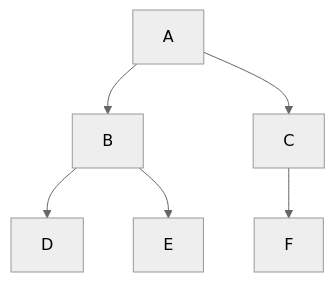
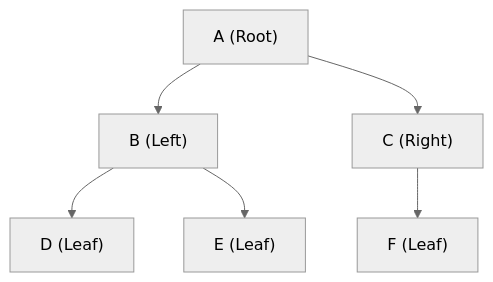
Before and after one commit to dip4k/DSA_102: the first of 2 diagrams in week_07_trees_and_balanced_search_trees/Week_07_Day_01_Binary_Trees_And_Traversals_Instructional.md, drawn with Mermaid (neutral theme). The commit also changed other lines of this file and 191 other files, not shown here.

````diff
--- a/week_07_trees_and_balanced_search_trees/Week_07_Day_01_Binary_Trees_And_Traversals_Instructional.md
+++ b/week_07_trees_and_balanced_search_trees/Week_07_Day_01_Binary_Trees_And_Traversals_Instructional.md
@@ -75,8 +99,8 @@
 ```mermaid
 flowchart TD
-    A["A"] --> B["B"]
-    A --> C["C"]
-    B --> D["D"]
-    B --> E["E"]
-    C --> F["F"]
+    A["A (Root)"] --> B["B (Left)"]
+    A --> C["C (Right)"]
+    B --> D["D (Leaf)"]
+    B --> E["E (Leaf)"]
+    C --> F["F (Leaf)"]
 ```
````
